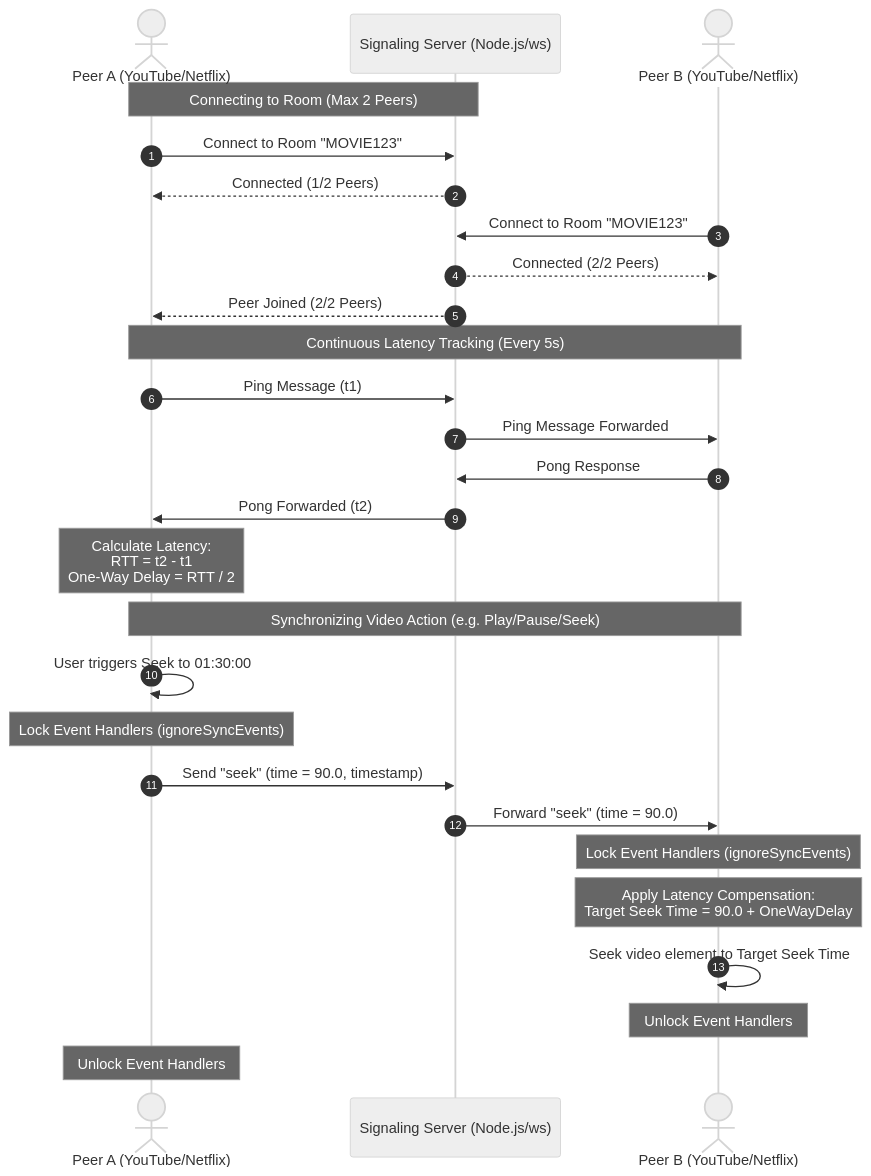
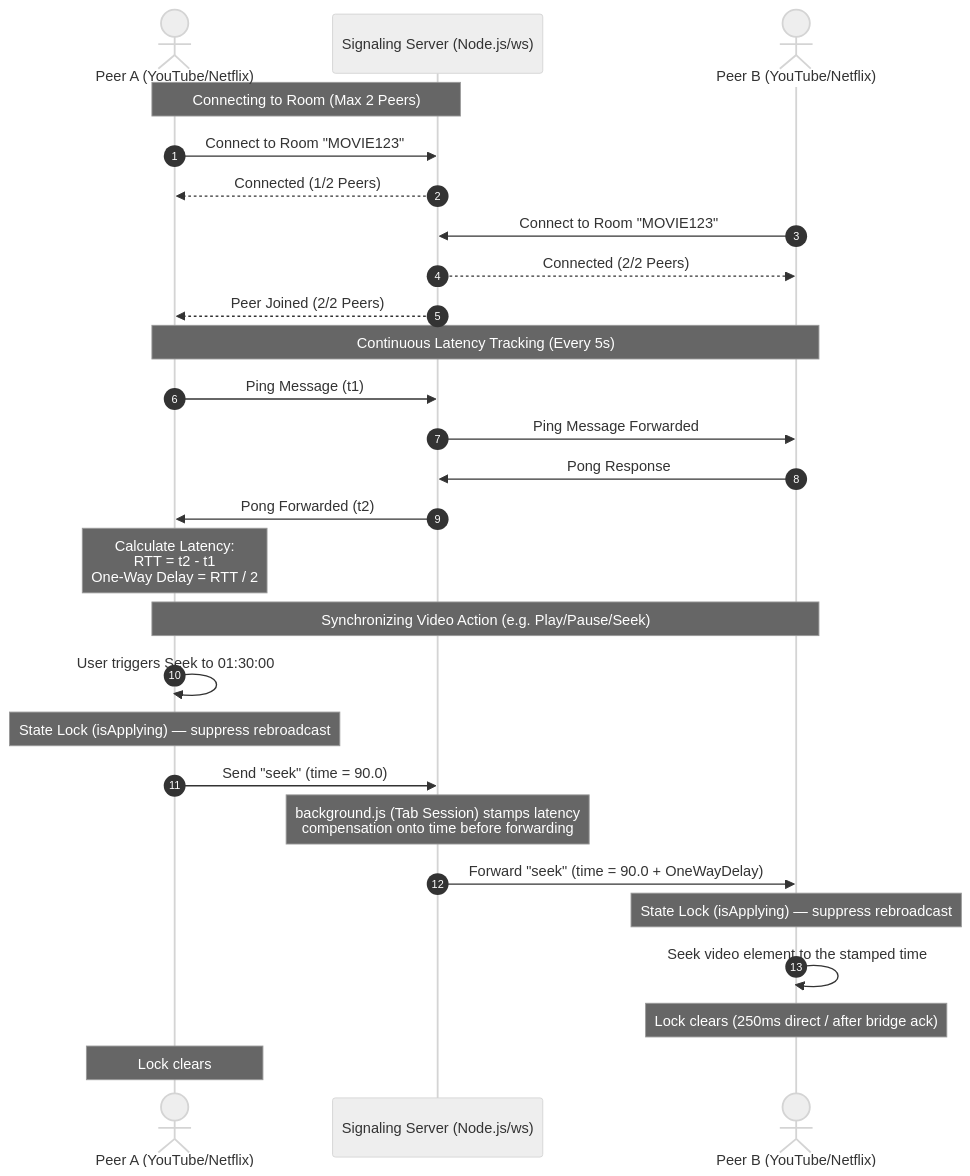
The first of 2 diagrams in docs/implementation_plan.md (leviliangtw/rvs), drawn with Mermaid (neutral theme) before and after one commit. The commit also changed other lines of this file and 6 other files, not shown here.

````diff
--- a/docs/implementation_plan.md
+++ b/docs/implementation_plan.md
@@ -43,32 +63,32 @@
 ```mermaid
 sequenceDiagram
     autonumber
     actor PeerA as Peer A (YouTube/Netflix)
     participant Server as Signaling Server (Node.js/ws)
     actor PeerB as Peer B (YouTube/Netflix)
 
     Note over PeerA, Server: Connecting to Room (Max 2 Peers)
     PeerA->>Server: Connect to Room "MOVIE123"
     Server-->>PeerA: Connected (1/2 Peers)
     PeerB->>Server: Connect to Room "MOVIE123"
     Server-->>PeerB: Connected (2/2 Peers)
     Server-->>PeerA: Peer Joined (2/2 Peers)
 
     Note over PeerA, PeerB: Continuous Latency Tracking (Every 5s)
     PeerA->>Server: Ping Message (t1)
     Server->>PeerB: Ping Message Forwarded
     PeerB->>Server: Pong Response
     Server->>PeerA: Pong Forwarded (t2)
     Note over PeerA: Calculate Latency:<br/>RTT = t2 - t1<br/>One-Way Delay = RTT / 2
 
     Note over PeerA, PeerB: Synchronizing Video Action (e.g. Play/Pause/Seek)
     PeerA->>PeerA: User triggers Seek to 01:30:00
-    Note over PeerA: Lock Event Handlers (ignoreSyncEvents)
-    PeerA->>Server: Send "seek" (time = 90.0, timestamp)
-    Server->>PeerB: Forward "seek" (time = 90.0)
-    Note over PeerB: Lock Event Handlers (ignoreSyncEvents)
-    Note over PeerB: Apply Latency Compensation:<br/>Target Seek Time = 90.0 + OneWayDelay
-    PeerB->>PeerB: Seek video element to Target Seek Time
-    Note over PeerB: Unlock Event Handlers
-    Note over PeerA: Unlock Event Handlers
+    Note over PeerA: State Lock (isApplying) — suppress rebroadcast
+    PeerA->>Server: Send "seek" (time = 90.0)
+    Note over Server: background.js (Tab Session) stamps latency<br/>compensation onto time before forwarding
+    Server->>PeerB: Forward "seek" (time = 90.0 + OneWayDelay)
+    Note over PeerB: State Lock (isApplying) — suppress rebroadcast
+    PeerB->>PeerB: Seek video element to the stamped time
+    Note over PeerB: Lock clears (250ms direct / after bridge ack)
+    Note over PeerA: Lock clears
 ```
````
